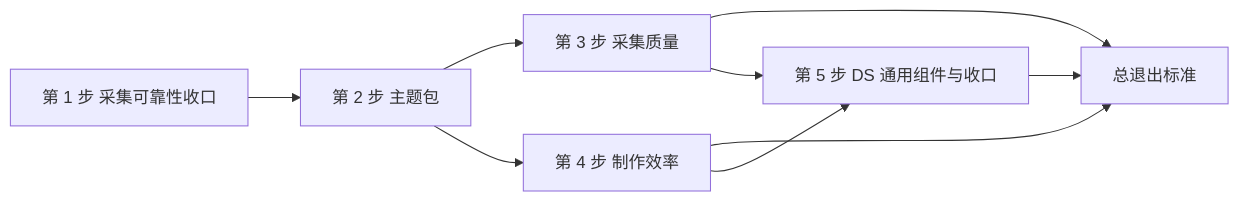
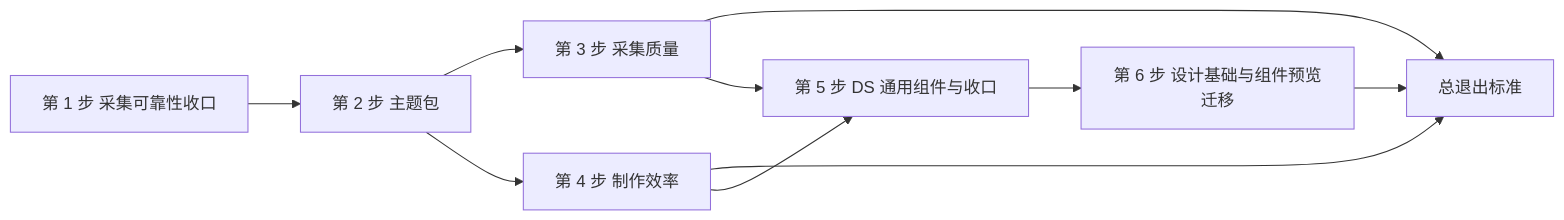
One commit to xinqingaa/proto-bridge changed the diagram in docs/roadmap/pbwork-platform-upgrade.md. Above: the diagram before and after it, drawn with Mermaid. The commit also changed other lines of this file and 16 other files, not shown here.

````diff
--- a/docs/roadmap/pbwork-platform-upgrade.md
+++ b/docs/roadmap/pbwork-platform-upgrade.md
@@ -50,11 +52,12 @@
 ```mermaid
 flowchart LR
   P1["第 1 步 采集可靠性收口"] --> P2["第 2 步 主题包"]
   P2 --> P3["第 3 步 采集质量"]
   P2 --> P4["第 4 步 制作效率"]
   P3 --> Exit["总退出标准"]
   P4 --> Exit
-  P5["第 5 步 DS 通用组件与收口"] --> Exit
+  P5["第 5 步 DS 通用组件与收口"] --> P6["第 6 步 设计基础与组件预览迁移"]
+  P6 --> Exit
   P4 --> P5
   P3 --> P5
 ```
````
